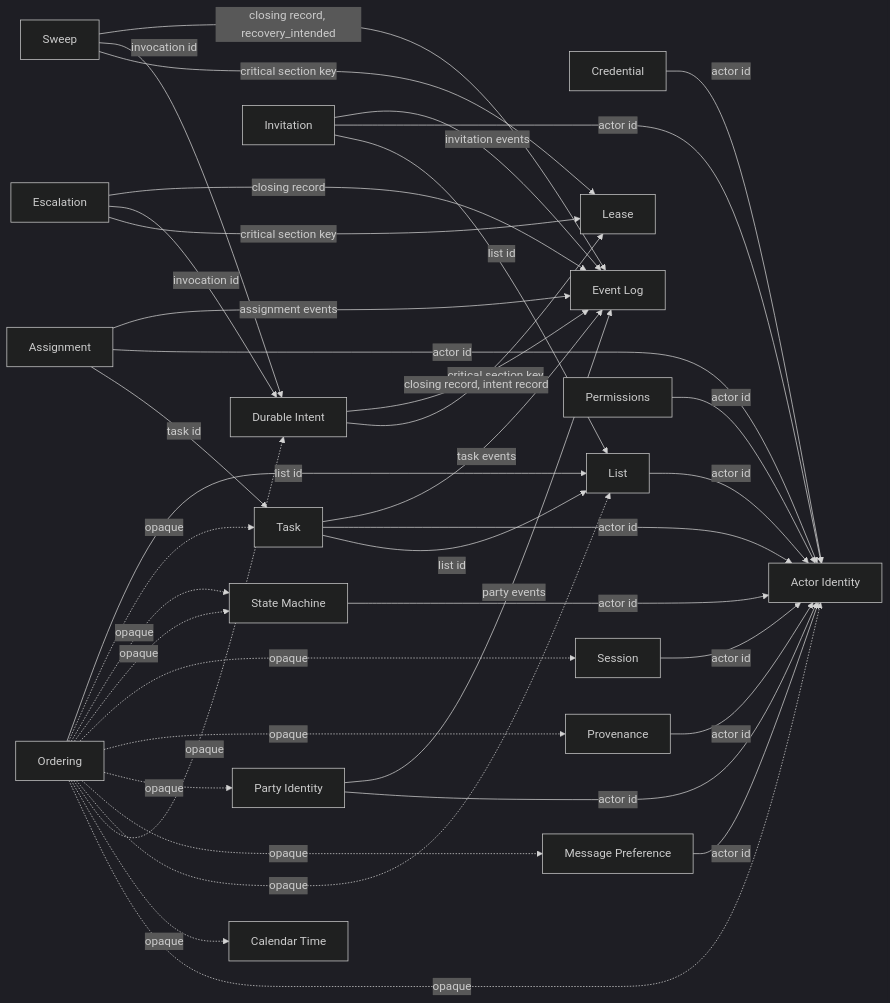
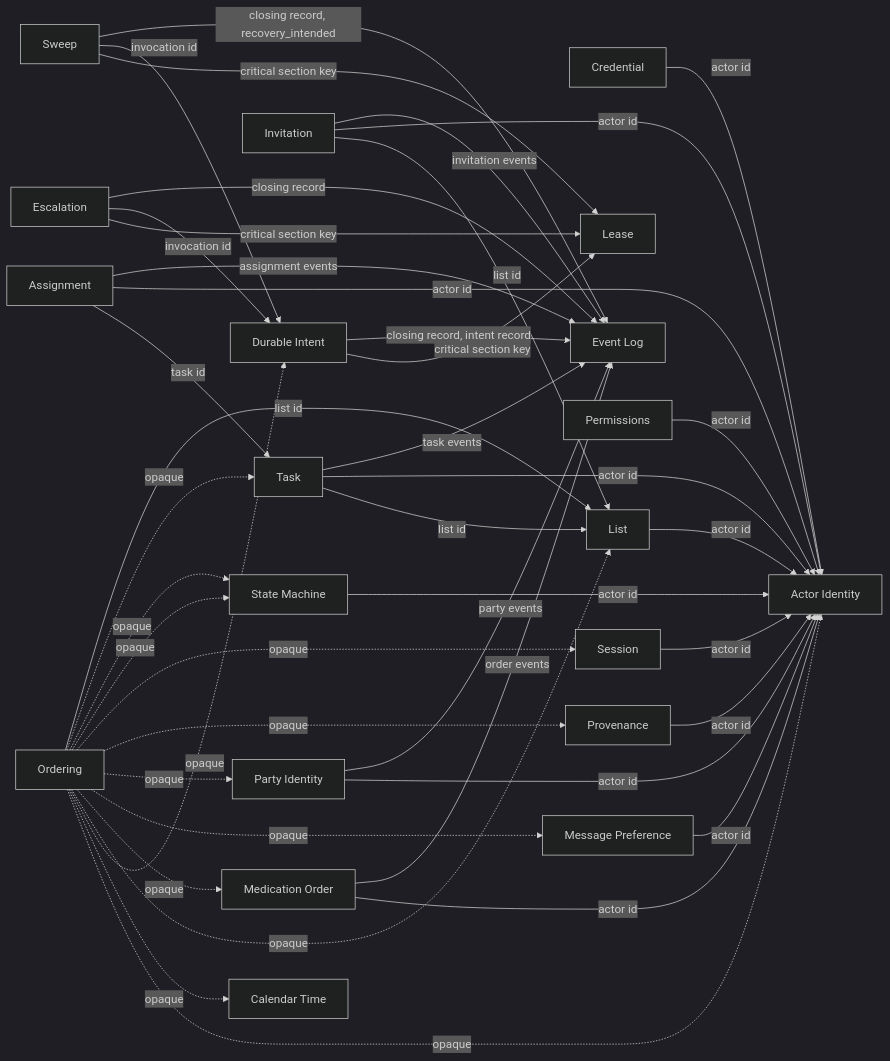
Before and after one commit to scottromack/grace-commons: the first of 3 diagrams in library/graph.md, drawn with Mermaid. The commit also changed 6 other files, not shown here.

````diff
--- a/library/graph.md
+++ b/library/graph.md
@@ -22,61 +22,65 @@
 ```mermaid
 %%{init: {"theme": "dark", "flowchart": {"htmlLabels": true}} }%%
 flowchart LR
   b_actor_identity["Actor Identity"]
   b_assignment["Assignment"]
   b_calendar_time["Calendar Time"]
   b_credential["Credential"]
   b_durable_intent["Durable Intent"]
   b_escalation["Escalation"]
   b_event_log["Event Log"]
   b_invitation["Invitation"]
   b_lease["Lease"]
   b_list["List"]
+  b_medication_order["Medication Order"]
   b_message_preference["Message Preference"]
   b_ordering["Ordering"]
   b_party_identity["Party Identity"]
   b_permissions["Permissions"]
   b_provenance["Provenance"]
   b_session["Session"]
   b_state_machine["State Machine"]
   b_sweep["Sweep"]
   b_task["Task"]
   b_assignment -->|"task id"| b_task
   b_assignment -->|"actor id"| b_actor_identity
   b_assignment -->|"assignment events"| b_event_log
   b_credential -->|"actor id"| b_actor_identity
   b_durable_intent -->|"critical section key"| b_lease
   b_durable_intent -->|"closing record, intent record"| b_event_log
   b_escalation -->|"critical section key"| b_lease
   b_escalation -->|"invocation id"| b_durable_intent
   b_escalation -->|"closing record"| b_event_log
   b_invitation -->|"list id"| b_list
   b_invitation -->|"actor id"| b_actor_identity
   b_invitation -->|"invitation events"| b_event_log
   b_list -->|"actor id"| b_actor_identity
+  b_medication_order -->|"actor id"| b_actor_identity
+  b_medication_order -->|"order events"| b_event_log
   b_message_preference -->|"actor id"| b_actor_identity
   b_ordering -.->|"opaque"| b_actor_identity
   b_ordering -.->|"opaque"| b_calendar_time
   b_ordering -.->|"opaque"| b_durable_intent
   b_ordering -.->|"opaque"| b_list
+  b_ordering -.->|"opaque"| b_medication_order
   b_ordering -.->|"opaque"| b_message_preference
   b_ordering -.->|"opaque"| b_party_identity
   b_ordering -.->|"opaque"| b_provenance
   b_ordering -.->|"opaque"| b_session
   b_ordering -.->|"opaque"| b_state_machine
   b_ordering -.->|"opaque"| b_state_machine
   b_ordering -.->|"opaque"| b_task
   b_ordering -->|"list id"| b_list
   b_party_identity -->|"actor id"| b_actor_identity
   b_party_identity -->|"party events"| b_event_log
   b_permissions -->|"actor id"| b_actor_identity
   b_provenance -->|"actor id"| b_actor_identity
   b_session -->|"actor id"| b_actor_identity
   b_state_machine -->|"actor id"| b_actor_identity
   b_sweep -->|"critical section key"| b_lease
   b_sweep -->|"invocation id"| b_durable_intent
   b_sweep -->|"closing record, recovery_intended"| b_event_log
   b_task -->|"list id"| b_list
   b_task -->|"actor id"| b_actor_identity
   b_task -->|"task events"| b_event_log
 ```
````
